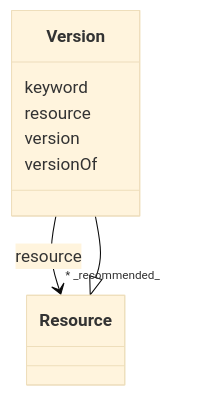
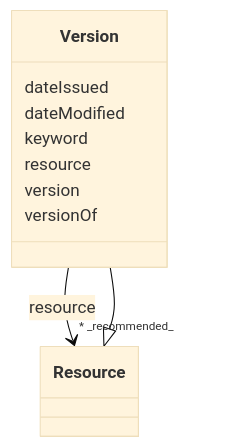
Before and after one commit to EVORA-project/evora-ontology: the diagram in models/docs/Version.md, drawn with Mermaid (base theme). The commit also changed other lines of this file and 377 other files, not shown here.

````diff
--- a/models/docs/Version.md
+++ b/models/docs/Version.md
@@ -19,24 +19,28 @@
 ```mermaid
  classDiagram
     class Version
     click Version href "../Version"
       Resource <|-- Version
         click Resource href "../Resource"
       
+      Version : dateIssued
+        
+      Version : dateModified
+        
       Version : keyword
         
       Version : resource
         
           
     
     
     Version --> "* _recommended_" Resource : resource
     click Resource href "../Resource"
 
         
       Version : version
         
       Version : versionOf
         
       
 ```
````
